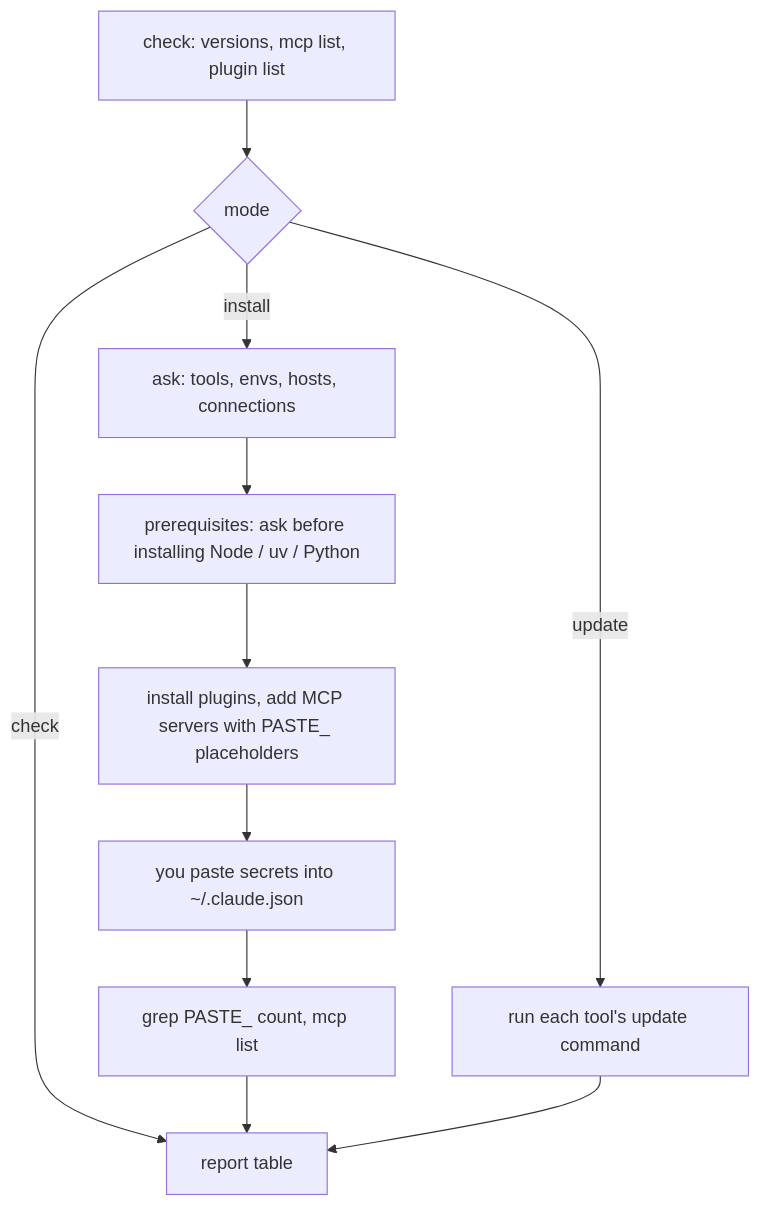
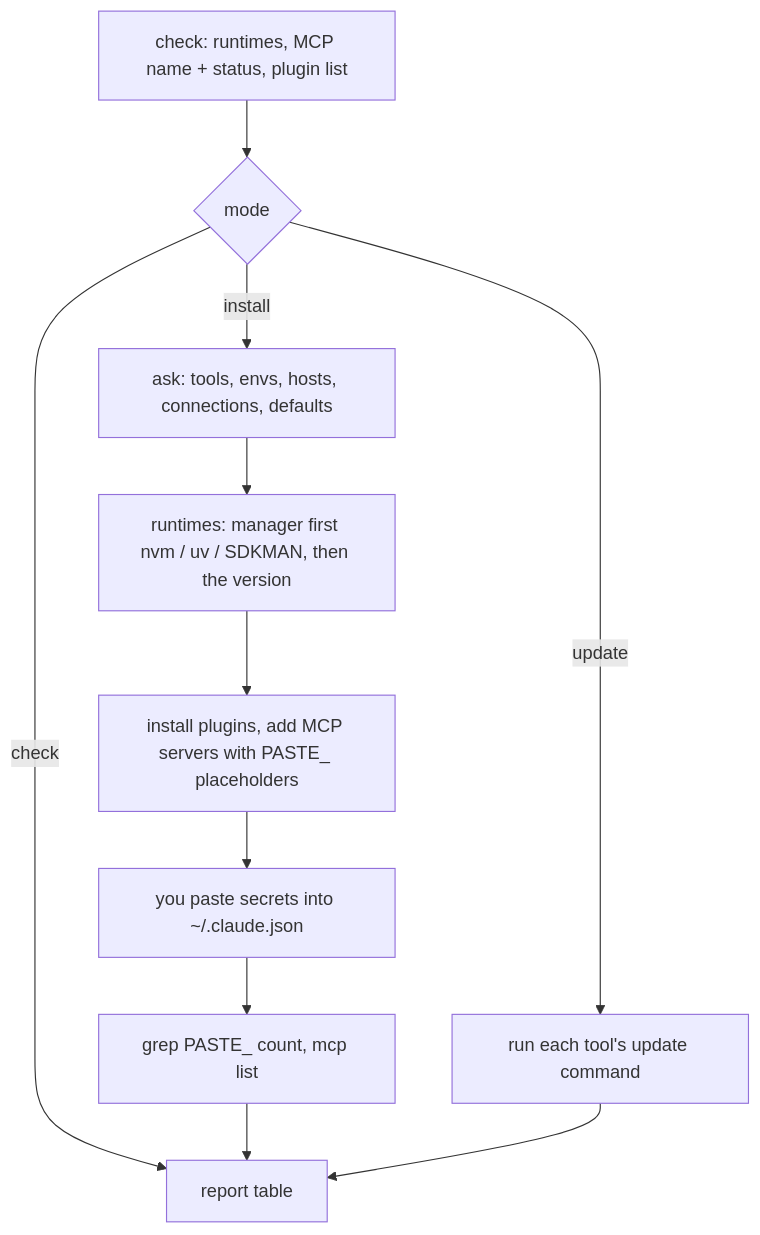
Before and after one commit to naphatwx/naphatwx-tools: the diagram in plugins/naphatwx-tools/skills/setup-device/README.md, drawn with Mermaid. The commit also changed other lines of this file and 6 other files, not shown here.

First line of the commit message:
feat(setup-device): install runtimes through version managers

````diff
--- a/plugins/naphatwx-tools/skills/setup-device/README.md
+++ b/plugins/naphatwx-tools/skills/setup-device/README.md
@@ -25,12 +34,12 @@
 ```mermaid
 graph TD
-    A[check: versions, mcp list, plugin list] --> B{mode}
+    A[check: runtimes, MCP name + status, plugin list] --> B{mode}
     B -->|check| R[report table]
-    B -->|install| Q[ask: tools, envs, hosts, connections]
+    B -->|install| Q[ask: tools, envs, hosts, connections, defaults]
     B -->|update| U[run each tool's update command]
-    Q --> P[prerequisites: ask before installing Node / uv / Python]
+    Q --> P[runtimes: manager first nvm / uv / SDKMAN, then the version]
     P --> I[install plugins, add MCP servers with PASTE_ placeholders]
     I --> S[you paste secrets into ~/.claude.json]
     S --> V[grep PASTE_ count, mcp list] --> R
     U --> R
 ```
````
